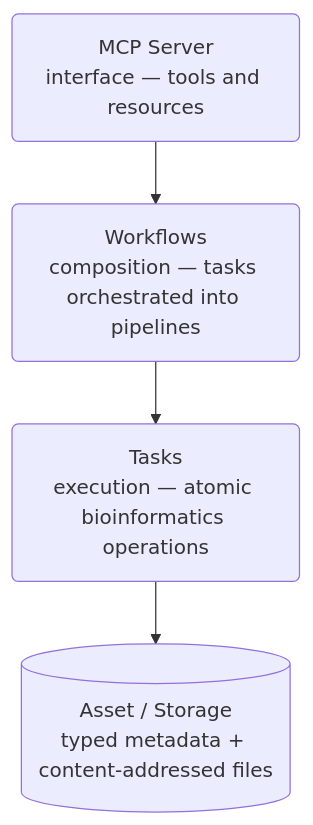
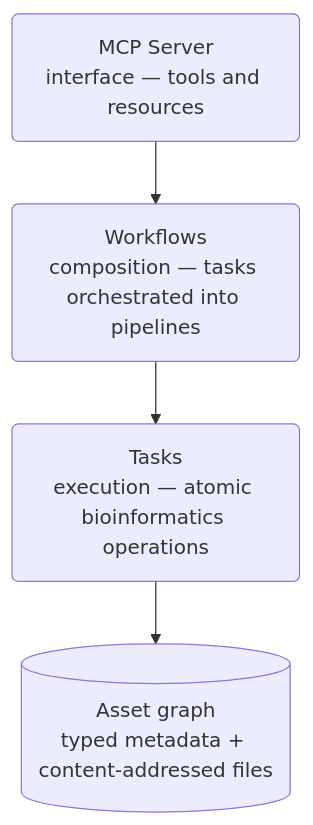
The diagram in docs/architecture/overview.md (StargazerBio/stargazer), drawn with Mermaid before and after one commit. The commit also changed other lines of this file and 10 other files, not shown here.

First line of the commit message:
Lead the docs with the asset graph

````diff
--- a/docs/architecture/overview.md
+++ b/docs/architecture/overview.md
@@ -5,9 +5,9 @@
 ```mermaid
 flowchart TD
     MCP("MCP Server\ninterface — tools and resources")
     WF("Workflows\ncomposition — tasks orchestrated into pipelines")
     T("Tasks\nexecution — atomic bioinformatics operations")
-    A[("Asset / Storage\ntyped metadata + content-addressed files")]
+    A[("Asset graph\ntyped metadata + content-addressed files")]
 
     MCP --> WF --> T --> A
 ```
````
